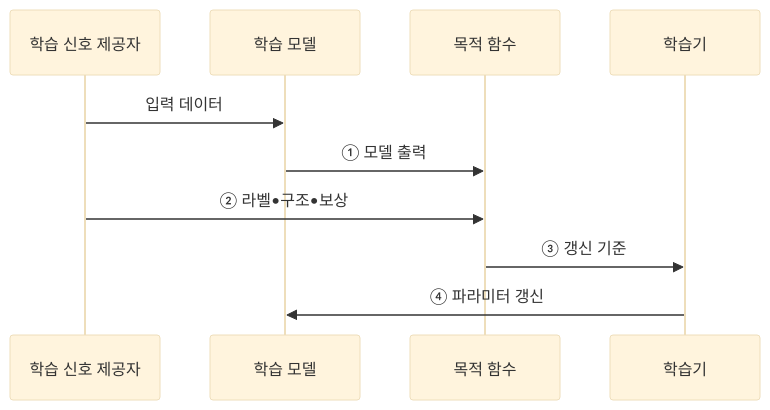
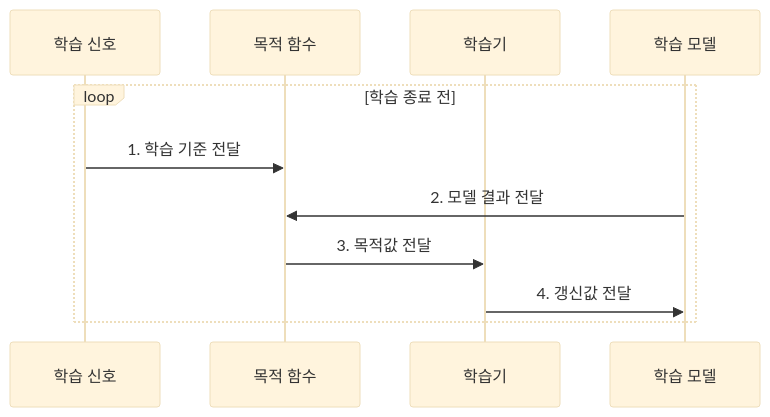
Before and after one commit to agnusdei1207/knowledge-base: the second of 3 diagrams in src/content/docs/notes/01-basic-theory/048_learning_paradigms.md, drawn with Mermaid (base theme). The commit also changed other lines of this file and 20 other files, not shown here.

````diff
--- a/src/content/docs/notes/01-basic-theory/048_learning_paradigms.md
+++ b/src/content/docs/notes/01-basic-theory/048_learning_paradigms.md
@@ -76,12 +81,13 @@
 ```mermaid
 sequenceDiagram
-    participant S as 학습 신호 제공자
+    participant S as 학습 신호
+    participant O as 목적 함수
+    participant L as 학습기
     participant M as 학습 모델
-    participant O as 목적 함수
-    participant T as 학습기
-    S->>M: 입력 데이터
-    M->>O: ① 모델 출력
-    S->>O: ② 라벨•구조•보상
-    O->>T: ③ 갱신 기준
-    T->>M: ④ 파라미터 갱신
+    loop 학습 종료 전
+        S->>O: 1. 학습 기준 전달
+        M->>O: 2. 모델 결과 전달
+        O->>L: 3. 목적값 전달
+        L->>M: 4. 갱신값 전달
+    end
 ```
````
